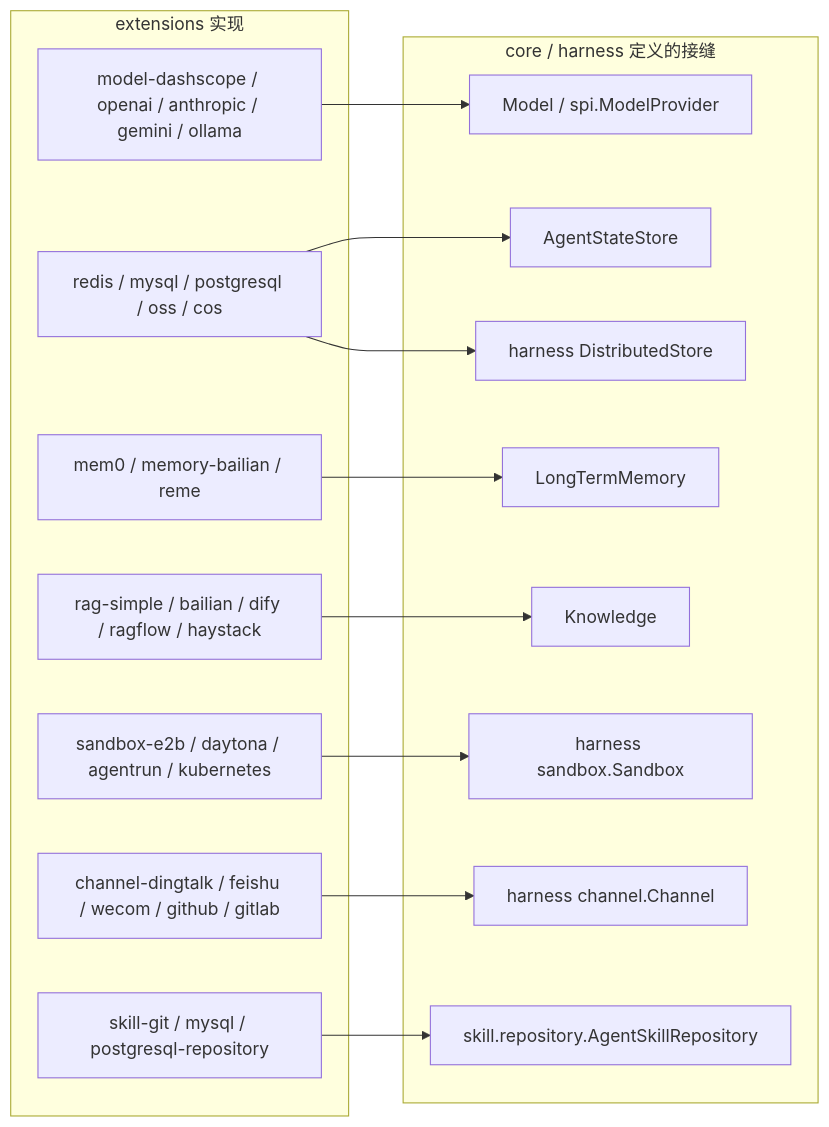
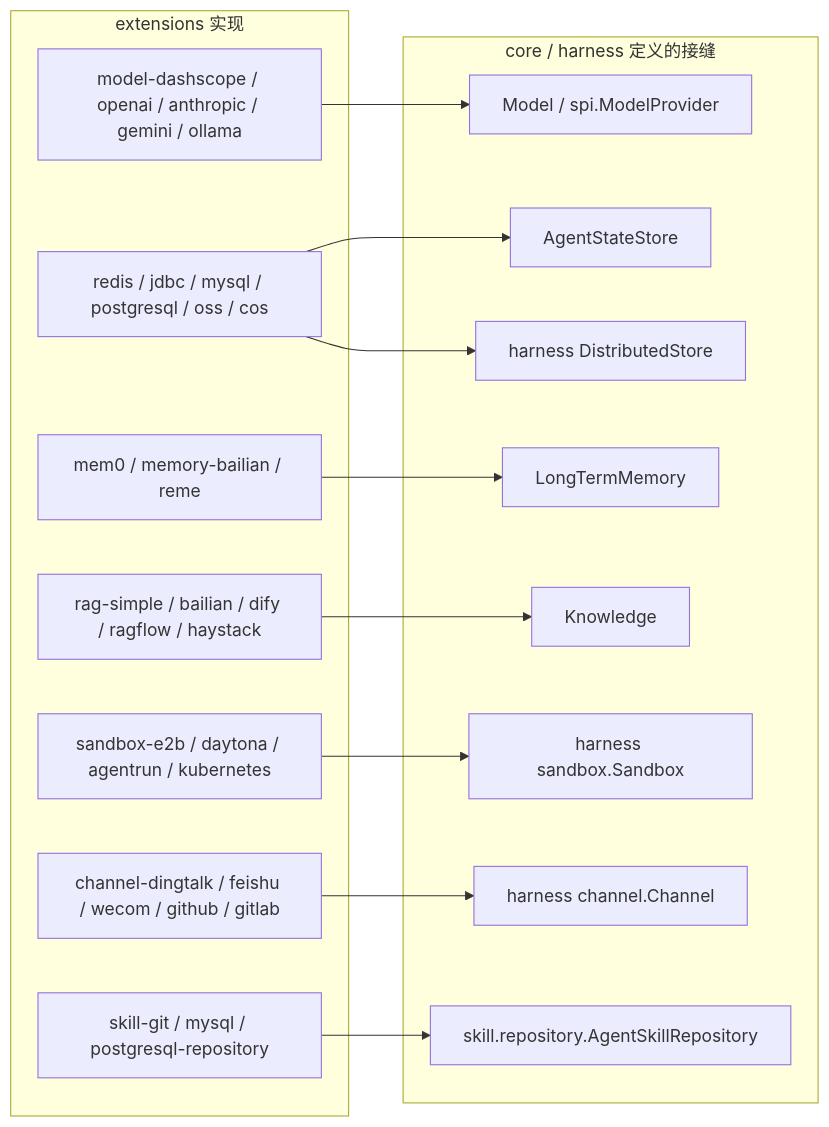
The diagram in 08-扩展生态.md (liulangjietou/AgentScope-source-analysis), drawn with Mermaid before and after one commit. The commit also changed other lines of this file and 9 other files, not shown here.

````diff
--- a/08-扩展生态.md
+++ b/08-扩展生态.md
@@ -8,30 +8,30 @@
 ```mermaid
 flowchart LR
     subgraph CORE_IF["core / harness 定义的接缝"]
         IM["Model / spi.ModelProvider"]
         ISS["AgentStateStore"]
         ILTM["LongTermMemory"]
         IK["Knowledge"]
         ISB["harness sandbox.Sandbox"]
         ICH["harness channel.Channel"]
         ISK["skill.repository.AgentSkillRepository"]
         IDS["harness DistributedStore"]
     end
     subgraph EXTS["extensions 实现"]
         M5["model-dashscope / openai / anthropic / gemini / ollama"]
-        ST["redis / mysql / postgresql / oss / cos"]
+        ST["redis / jdbc / mysql / postgresql / oss / cos"]
         LTM3["mem0 / memory-bailian / reme"]
         RAG5["rag-simple / bailian / dify / ragflow / haystack"]
         SB4["sandbox-e2b / daytona / agentrun / kubernetes"]
         CH5["channel-dingtalk / feishu / wecom / github / gitlab"]
         SKR["skill-git / mysql / postgresql-repository"]
     end
     M5 --> IM
     ST --> ISS
     ST --> IDS
     LTM3 --> ILTM
     RAG5 --> IK
     SB4 --> ISB
     CH5 --> ICH
     SKR --> ISK
 ```
````
